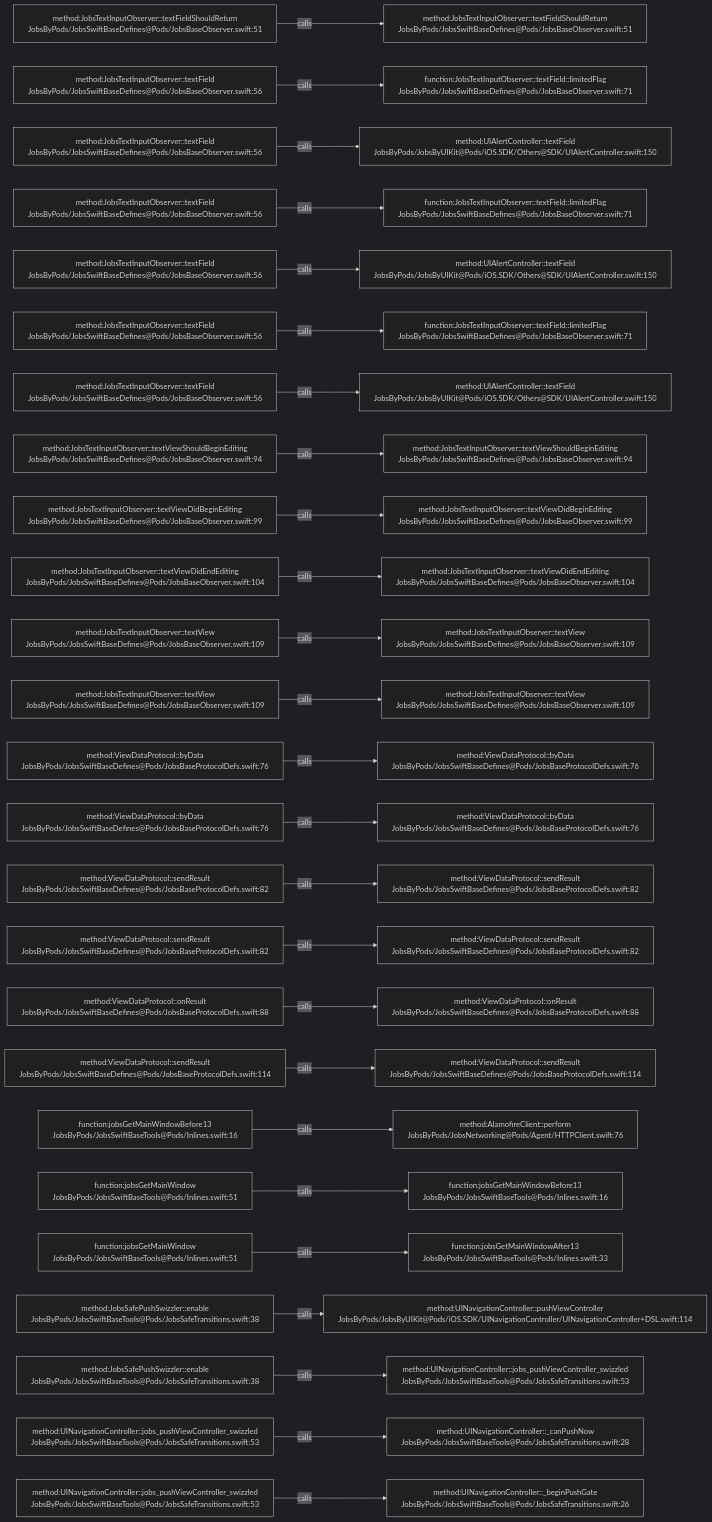
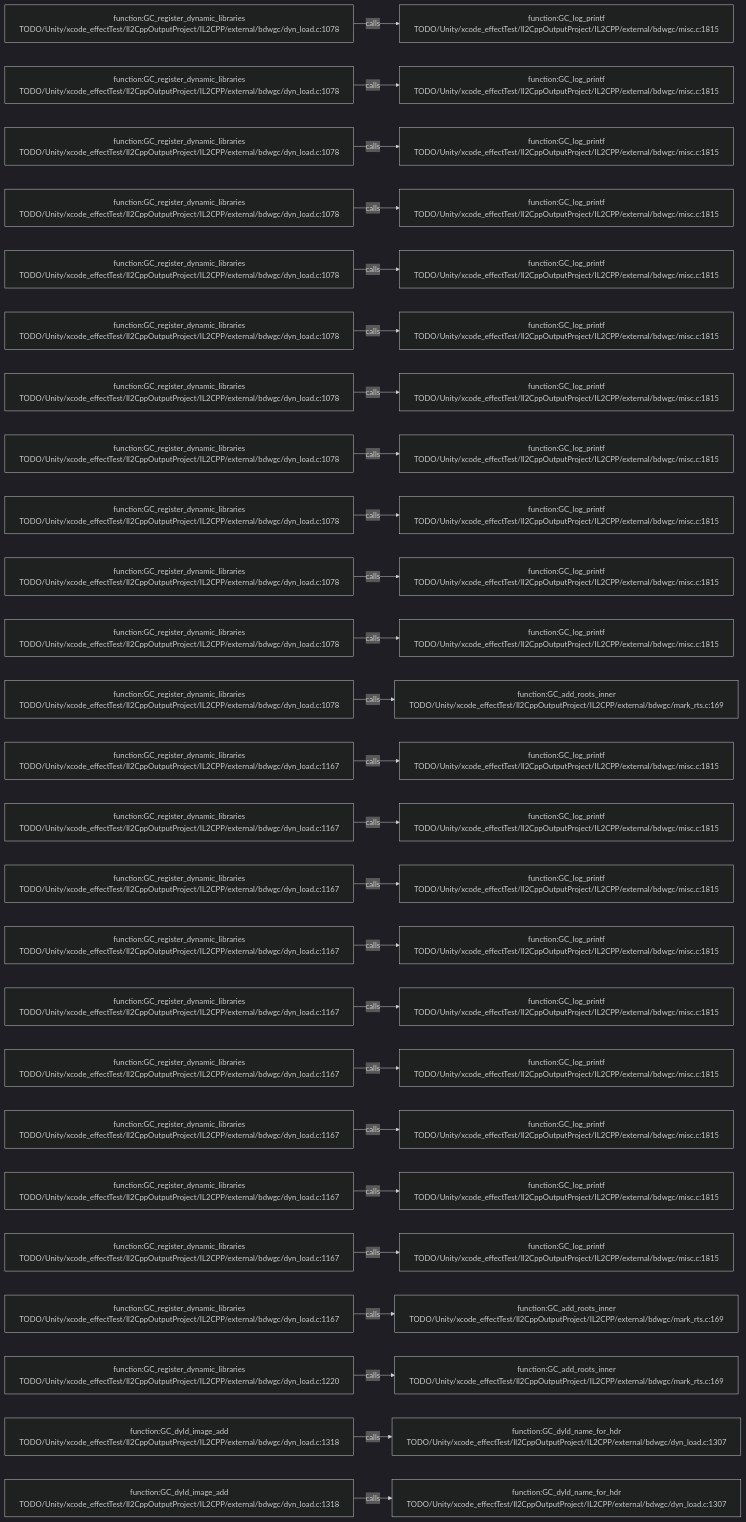
One commit to JobsKits/JobsSwiftBaseConfigDemo changed the diagram in .codegraph/codegraph.md/graphs/calls-172.md. Above: the diagram before and after it, drawn with Mermaid (dark theme). The commit also changed 569 other files, not shown here.

````diff
--- a/.codegraph/codegraph.md/graphs/calls-172.md
+++ b/.codegraph/codegraph.md/graphs/calls-172.md
@@ -13,78 +13,78 @@
 ```mermaid
 flowchart LR
-  S1["method:JobsTextInputObserver::textFieldShouldReturn<br/>JobsByPods/JobsSwiftBaseDefines@Pods/JobsBaseObserver.swift:51"]
-  T1["method:JobsTextInputObserver::textFieldShouldReturn<br/>JobsByPods/JobsSwiftBaseDefines@Pods/JobsBaseObserver.swift:51"]
+  S1["function:GC_register_dynamic_libraries<br/>TODO/Unity/xcode_effectTest/Il2CppOutputProject/IL2CPP/external/bdwgc/dyn_load.c:1078"]
+  T1["function:GC_log_printf<br/>TODO/Unity/xcode_effectTest/Il2CppOutputProject/IL2CPP/external/bdwgc/misc.c:1815"]
   S1 -->|calls| T1
-  S2["method:JobsTextInputObserver::textField<br/>JobsByPods/JobsSwiftBaseDefines@Pods/JobsBaseObserver.swift:56"]
-  T2["function:JobsTextInputObserver::textField::limitedFlag<br/>JobsByPods/JobsSwiftBaseDefines@Pods/JobsBaseObserver.swift:71"]
+  S2["function:GC_register_dynamic_libraries<br/>TODO/Unity/xcode_effectTest/Il2CppOutputProject/IL2CPP/external/bdwgc/dyn_load.c:1078"]
+  T2["function:GC_log_printf<br/>TODO/Unity/xcode_effectTest/Il2CppOutputProject/IL2CPP/external/bdwgc/misc.c:1815"]
   S2 -->|calls| T2
-  S3["method:JobsTextInputObserver::textField<br/>JobsByPods/JobsSwiftBaseDefines@Pods/JobsBaseObserver.swift:56"]
-  T3["method:UIAlertController::textField<br/>JobsByPods/JobsByUIKit@Pods/iOS.SDK/Others@SDK/UIAlertController.swift:150"]
+  S3["function:GC_register_dynamic_libraries<br/>TODO/Unity/xcode_effectTest/Il2CppOutputProject/IL2CPP/external/bdwgc/dyn_load.c:1078"]
+  T3["function:GC_log_printf<br/>TODO/Unity/xcode_effectTest/Il2CppOutputProject/IL2CPP/external/bdwgc/misc.c:1815"]
   S3 -->|calls| T3
-  S4["method:JobsTextInputObserver::textField<br/>JobsByPods/JobsSwiftBaseDefines@Pods/JobsBaseObserver.swift:56"]
-  T4["function:JobsTextInputObserver::textField::limitedFlag<br/>JobsByPods/JobsSwiftBaseDefines@Pods/JobsBaseObserver.swift:71"]
+  S4["function:GC_register_dynamic_libraries<br/>TODO/Unity/xcode_effectTest/Il2CppOutputProject/IL2CPP/external/bdwgc/dyn_load.c:1078"]
+  T4["function:GC_log_printf<br/>TODO/Unity/xcode_effectTest/Il2CppOutputProject/IL2CPP/external/bdwgc/misc.c:1815"]
   S4 -->|calls| T4
-  S5["method:JobsTextInputObserver::textField<br/>JobsByPods/JobsSwiftBaseDefines@Pods/JobsBaseObserver.swift:56"]
-  T5["method:UIAlertController::textField<br/>JobsByPods/JobsByUIKit@Pods/iOS.SDK/Others@SDK/UIAlertController.swift:150"]
+  S5["function:GC_register_dynamic_libraries<br/>TODO/Unity/xcode_effectTest/Il2CppOutputProject/IL2CPP/external/bdwgc/dyn_load.c:1078"]
+  T5["function:GC_log_printf<br/>TODO/Unity/xcode_effectTest/Il2CppOutputProject/IL2CPP/external/bdwgc/misc.c:1815"]
   S5 -->|calls| T5
-  S6["method:JobsTextInputObserver::textField<br/>JobsByPods/JobsSwiftBaseDefines@Pods/JobsBaseObserver.swift:56"]
-  T6["function:JobsTextInputObserver::textField::limitedFlag<br/>JobsByPods/JobsSwiftBaseDefines@Pods/JobsBaseObserver.swift:71"]
+  S6["function:GC_register_dynamic_libraries<br/>TODO/Unity/xcode_effectTest/Il2CppOutputProject/IL2CPP/external/bdwgc/dyn_load.c:1078"]
+  T6["function:GC_log_printf<br/>TODO/Unity/xcode_effectTest/Il2CppOutputProject/IL2CPP/external/bdwgc/misc.c:1815"]
   S6 -->|calls| T6
-  S7["method:JobsTextInputObserver::textField<br/>JobsByPods/JobsSwiftBaseDefines@Pods/JobsBaseObserver.swift:56"]
-  T7["method:UIAlertController::textField<br/>JobsByPods/JobsByUIKit@Pods/iOS.SDK/Others@SDK/UIAlertController.swift:150"]
+  S7["function:GC_register_dynamic_libraries<br/>TODO/Unity/xcode_effectTest/Il2CppOutputProject/IL2CPP/external/bdwgc/dyn_load.c:1078"]
+  T7["function:GC_log_printf<br/>TODO/Unity/xcode_effectTest/Il2CppOutputProject/IL2CPP/external/bdwgc/misc.c:1815"]
   S7 -->|calls| T7
-  S8["method:JobsTextInputObserver::textViewShouldBeginEditing<br/>JobsByPods/JobsSwiftBaseDefines@Pods/JobsBaseObserver.swift:94"]
-  T8["method:JobsTextInputObserver::textViewShouldBeginEditing<br/>JobsByPods/JobsSwiftBaseDefines@Pods/JobsBaseObserver.swift:94"]
+  S8["function:GC_register_dynamic_libraries<br/>TODO/Unity/xcode_effectTest/Il2CppOutputProject/IL2CPP/external/bdwgc/dyn_load.c:1078"]
+  T8["function:GC_log_printf<br/>TODO/Unity/xcode_effectTest/Il2CppOutputProject/IL2CPP/external/bdwgc/misc.c:1815"]
   S8 -->|calls| T8
-  S9["method:JobsTextInputObserver::textViewDidBeginEditing<br/>JobsByPods/JobsSwiftBaseDefines@Pods/JobsBaseObserver.swift:99"]
-  T9["method:JobsTextInputObserver::textViewDidBeginEditing<br/>JobsByPods/JobsSwiftBaseDefines@Pods/JobsBaseObserver.swift:99"]
+  S9["function:GC_register_dynamic_libraries<br/>TODO/Unity/xcode_effectTest/Il2CppOutputProject/IL2CPP/external/bdwgc/dyn_load.c:1078"]
+  T9["function:GC_log_printf<br/>TODO/Unity/xcode_effectTest/Il2CppOutputProject/IL2CPP/external/bdwgc/misc.c:1815"]
   S9 -->|calls| T9
-  S10["method:JobsTextInputObserver::textViewDidEndEditing<br/>JobsByPods/JobsSwiftBaseDefines@Pods/JobsBaseObserver.swift:104"]
-  T10["method:JobsTextInputObserver::textViewDidEndEditing<br/>JobsByPods/JobsSwiftBaseDefines@Pods/JobsBaseObserver.swift:104"]
+  S10["function:GC_register_dynamic_libraries<br/>TODO/Unity/xcode_effectTest/Il2CppOutputProject/IL2CPP/external/bdwgc/dyn_load.c:1078"]
+  T10["function:GC_log_printf<br/>TODO/Unity/xcode_effectTest/Il2CppOutputProject/IL2CPP/external/bdwgc/misc.c:1815"]
   S10 -->|calls| T10
-  S11["method:JobsTextInputObserver::textView<br/>JobsByPods/JobsSwiftBaseDefines@Pods/JobsBaseObserver.swift:109"]
-  T11["method:JobsTextInputObserver::textView<br/>JobsByPods/JobsSwiftBaseDefines@Pods/JobsBaseObserver.swift:109"]
+  S11["function:GC_register_dynamic_libraries<br/>TODO/Unity/xcode_effectTest/Il2CppOutputProject/IL2CPP/external/bdwgc/dyn_load.c:1078"]
+  T11["function:GC_log_printf<br/>TODO/Unity/xcode_effectTest/Il2CppOutputProject/IL2CPP/external/bdwgc/misc.c:1815"]
   S11 -->|calls| T11
-  S12["method:JobsTextInputObserver::textView<br/>JobsByPods/JobsSwiftBaseDefines@Pods/JobsBaseObserver.swift:109"]
-  T12["method:JobsTextInputObserver::textView<br/>JobsByPods/JobsSwiftBaseDefines@Pods/JobsBaseObserver.swift:109"]
+  S12["function:GC_register_dynamic_libraries<br/>TODO/Unity/xcode_effectTest/Il2CppOutputProject/IL2CPP/external/bdwgc/dyn_load.c:1078"]
+  T12["function:GC_add_roots_inner<br/>TODO/Unity/xcode_effectTest/Il2CppOutputProject/IL2CPP/external/bdwgc/mark_rts.c:169"]
   S12 -->|calls| T12
-  S13["method:ViewDataProtocol::byData<br/>JobsByPods/JobsSwiftBaseDefines@Pods/JobsBaseProtocolDefs.swift:76"]
-  T13["method:ViewDataProtocol::byData<br/>JobsByPods/JobsSwiftBaseDefines@Pods/JobsBaseProtocolDefs.swift:76"]
+  S13["function:GC_register_dynamic_libraries<br/>TODO/Unity/xcode_effectTest/Il2CppOutputProject/IL2CPP/external/bdwgc/dyn_load.c:1167"]
+  T13["function:GC_log_printf<br/>TODO/Unity/xcode_effectTest/Il2CppOutputProject/IL2CPP/external/bdwgc/misc.c:1815"]
   S13 -->|calls| T13
-  S14["method:ViewDataProtocol::byData<br/>JobsByPods/JobsSwiftBaseDefines@Pods/JobsBaseProtocolDefs.swift:76"]
-  T14["method:ViewDataProtocol::byData<br/>JobsByPods/JobsSwiftBaseDefines@Pods/JobsBaseProtocolDefs.swift:76"]
+  S14["function:GC_register_dynamic_libraries<br/>TODO/Unity/xcode_effectTest/Il2CppOutputProject/IL2CPP/external/bdwgc/dyn_load.c:1167"]
+  T14["function:GC_log_printf<br/>TODO/Unity/xcode_effectTest/Il2CppOutputProject/IL2CPP/external/bdwgc/misc.c:1815"]
   S14 -->|calls| T14
-  S15["method:ViewDataProtocol::sendResult<br/>JobsByPods/JobsSwiftBaseDefines@Pods/JobsBaseProtocolDefs.swift:82"]
-  T15["method:ViewDataProtocol::sendResult<br/>JobsByPods/JobsSwiftBaseDefines@Pods/JobsBaseProtocolDefs.swift:82"]
+  S15["function:GC_register_dynamic_libraries<br/>TODO/Unity/xcode_effectTest/Il2CppOutputProject/IL2CPP/external/bdwgc/dyn_load.c:1167"]
+  T15["function:GC_log_printf<br/>TODO/Unity/xcode_effectTest/Il2CppOutputProject/IL2CPP/external/bdwgc/misc.c:1815"]
   S15 -->|calls| T15
-  S16["method:ViewDataProtocol::sendResult<br/>JobsByPods/JobsSwiftBaseDefines@Pods/JobsBaseProtocolDefs.swift:82"]
-  T16["method:ViewDataProtocol::sendResult<br/>JobsByPods/JobsSwiftBaseDefines@Pods/JobsBaseProtocolDefs.swift:82"]
+  S16["function:GC_register_dynamic_libraries<br/>TODO/Unity/xcode_effectTest/Il2CppOutputProject/IL2CPP/external/bdwgc/dyn_load.c:1167"]
+  T16["function:GC_log_printf<br/>TODO/Unity/xcode_effectTest/Il2CppOutputProject/IL2CPP/external/bdwgc/misc.c:1815"]
   S16 -->|calls| T16
-  S17["method:ViewDataProtocol::onResult<br/>JobsByPods/JobsSwiftBaseDefines@Pods/JobsBaseProtocolDefs.swift:88"]
-  T17["method:ViewDataProtocol::onResult<br/>JobsByPods/JobsSwiftBaseDefines@Pods/JobsBaseProtocolDefs.swift:88"]
+  S17["function:GC_register_dynamic_libraries<br/>TODO/Unity/xcode_effectTest/Il2CppOutputProject/IL2CPP/external/bdwgc/dyn_load.c:1167"]
+  T17["function:GC_log_printf<br/>TODO/Unity/xcode_effectTest/Il2CppOutputProject/IL2CPP/external/bdwgc/misc.c:1815"]
   S17 -->|calls| T17
-  S18["method:ViewDataProtocol::sendResult<br/>JobsByPods/JobsSwiftBaseDefines@Pods/JobsBaseProtocolDefs.swift:114"]
-  T18["method:ViewDataProtocol::sendResult<br/>JobsByPods/JobsSwiftBaseDefines@Pods/JobsBaseProtocolDefs.swift:114"]
+  S18["function:GC_register_dynamic_libraries<br/>TODO/Unity/xcode_effectTest/Il2CppOutputProject/IL2CPP/external/bdwgc/dyn_load.c:1167"]
+  T18["function:GC_log_printf<br/>TODO/Unity/xcode_effectTest/Il2CppOutputProject/IL2CPP/external/bdwgc/misc.c:1815"]
   S18 -->|calls| T18
-  S19["function:jobsGetMainWindowBefore13<br/>JobsByPods/JobsSwiftBaseTools@Pods/Inlines.swift:16"]
-  T19["method:AlamofireClient::perform<br/>JobsByPods/JobsNetworking@Pods/Agent/HTTPClient.swift:76"]
+  S19["function:GC_register_dynamic_libraries<br/>TODO/Unity/xcode_effectTest/Il2CppOutputProject/IL2CPP/external/bdwgc/dyn_load.c:1167"]
+  T19["function:GC_log_printf<br/>TODO/Unity/xcode_effectTest/Il2CppOutputProject/IL2CPP/external/bdwgc/misc.c:1815"]
   S19 -->|calls| T19
-  S20["function:jobsGetMainWindow<br/>JobsByPods/JobsSwiftBaseTools@Pods/Inlines.swift:51"]
-  T20["function:jobsGetMainWindowBefore13<br/>JobsByPods/JobsSwiftBaseTools@Pods/Inlines.swift:16"]
+  S20["function:GC_register_dynamic_libraries<br/>TODO/Unity/xcode_effectTest/Il2CppOutputProject/IL2CPP/external/bdwgc/dyn_load.c:1167"]
+  T20["function:GC_log_printf<br/>TODO/Unity/xcode_effectTest/Il2CppOutputProject/IL2CPP/external/bdwgc/misc.c:1815"]
   S20 -->|calls| T20
-  S21["function:jobsGetMainWindow<br/>JobsByPods/JobsSwiftBaseTools@Pods/Inlines.swift:51"]
-  T21["function:jobsGetMainWindowAfter13<br/>JobsByPods/JobsSwiftBaseTools@Pods/Inlines.swift:33"]
+  S21["function:GC_register_dynamic_libraries<br/>TODO/Unity/xcode_effectTest/Il2CppOutputProject/IL2CPP/external/bdwgc/dyn_load.c:1167"]
+  T21["function:GC_log_printf<br/>TODO/Unity/xcode_effectTest/Il2CppOutputProject/IL2CPP/external/bdwgc/misc.c:1815"]
   S21 -->|calls| T21
-  S22["method:JobsSafePushSwizzler::enable<br/>JobsByPods/JobsSwiftBaseTools@Pods/JobsSafeTransitions.swift:38"]
-  T22["method:UINavigationController::pushViewController<br/>JobsByPods/JobsByUIKit@Pods/iOS.SDK/UINavigationController/UINavigationController+DSL.swift:114"]
+  S22["function:GC_register_dynamic_libraries<br/>TODO/Unity/xcode_effectTest/Il2CppOutputProject/IL2CPP/external/bdwgc/dyn_load.c:1167"]
+  T22["function:GC_add_roots_inner<br/>TODO/Unity/xcode_effectTest/Il2CppOutputProject/IL2CPP/external/bdwgc/mark_rts.c:169"]
   S22 -->|calls| T22
-  S23["method:JobsSafePushSwizzler::enable<br/>JobsByPods/JobsSwiftBaseTools@Pods/JobsSafeTransitions.swift:38"]
-  T23["method:UINavigationController::jobs_pushViewController_swizzled<br/>JobsByPods/JobsSwiftBaseTools@Pods/JobsSafeTransitions.swift:53"]
+  S23["function:GC_register_dynamic_libraries<br/>TODO/Unity/xcode_effectTest/Il2CppOutputProject/IL2CPP/external/bdwgc/dyn_load.c:1220"]
+  T23["function:GC_add_roots_inner<br/>TODO/Unity/xcode_effectTest/Il2CppOutputProject/IL2CPP/external/bdwgc/mark_rts.c:169"]
   S23 -->|calls| T23
-  S24["method:UINavigationController::jobs_pushViewController_swizzled<br/>JobsByPods/JobsSwiftBaseTools@Pods/JobsSafeTransitions.swift:53"]
-  T24["method:UINavigationController::_canPushNow<br/>JobsByPods/JobsSwiftBaseTools@Pods/JobsSafeTransitions.swift:28"]
+  S24["function:GC_dyld_image_add<br/>TODO/Unity/xcode_effectTest/Il2CppOutputProject/IL2CPP/external/bdwgc/dyn_load.c:1318"]
+  T24["function:GC_dyld_name_for_hdr<br/>TODO/Unity/xcode_effectTest/Il2CppOutputProject/IL2CPP/external/bdwgc/dyn_load.c:1307"]
   S24 -->|calls| T24
-  S25["method:UINavigationController::jobs_pushViewController_swizzled<br/>JobsByPods/JobsSwiftBaseTools@Pods/JobsSafeTransitions.swift:53"]
-  T25["method:UINavigationController::_beginPushGate<br/>JobsByPods/JobsSwiftBaseTools@Pods/JobsSafeTransitions.swift:26"]
+  S25["function:GC_dyld_image_add<br/>TODO/Unity/xcode_effectTest/Il2CppOutputProject/IL2CPP/external/bdwgc/dyn_load.c:1318"]
+  T25["function:GC_dyld_name_for_hdr<br/>TODO/Unity/xcode_effectTest/Il2CppOutputProject/IL2CPP/external/bdwgc/dyn_load.c:1307"]
   S25 -->|calls| T25
 ```
````
